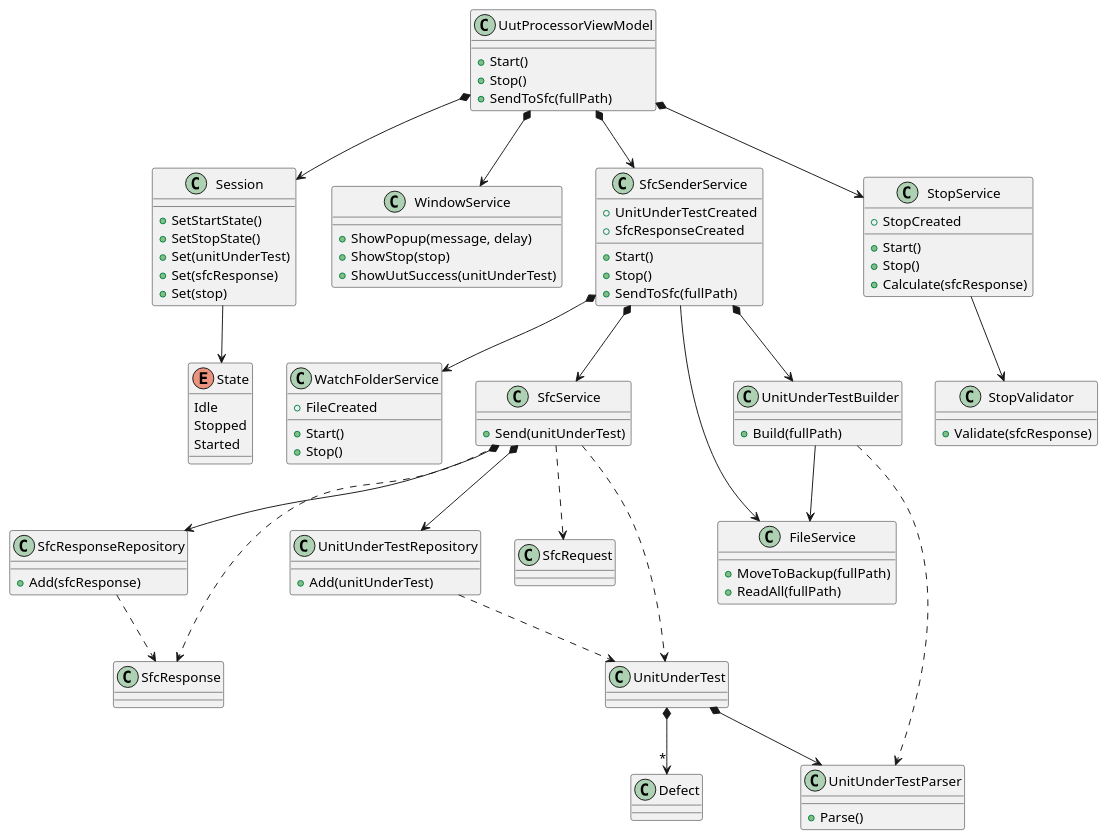
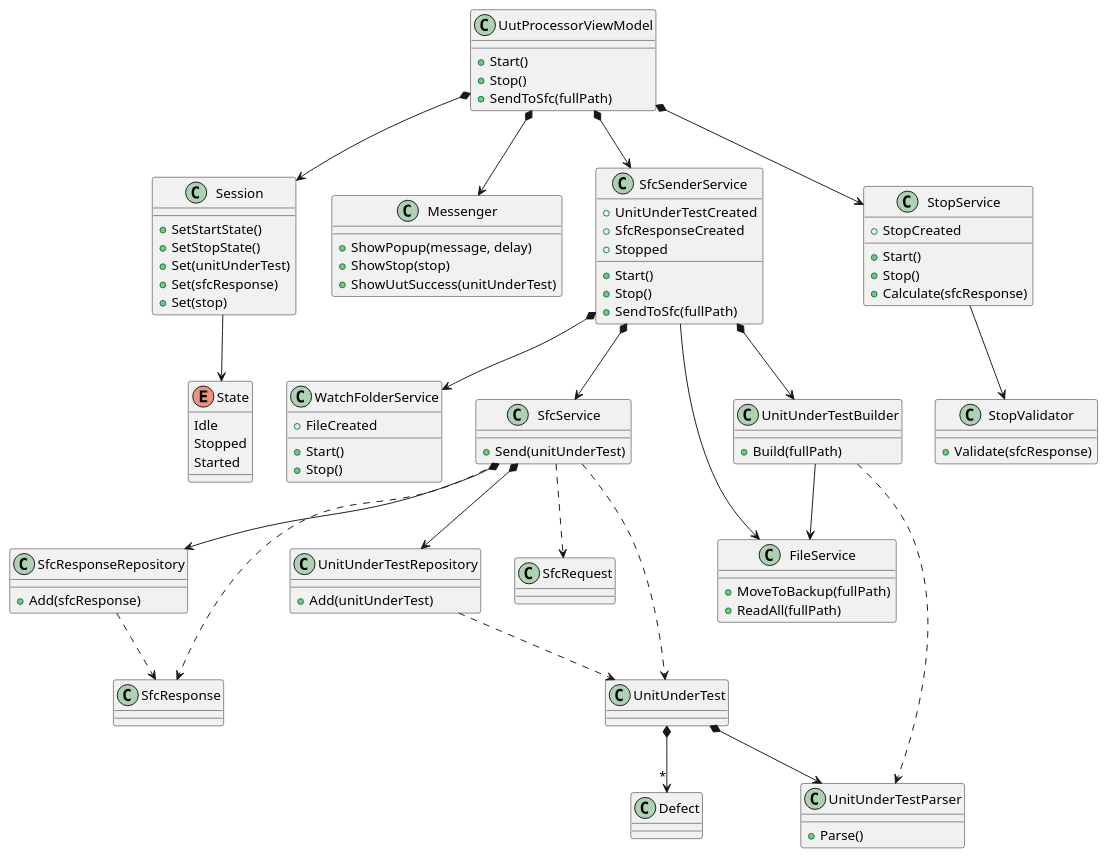
Before and after one commit to zhusihan-python/Hermes: the diagram in Docs/Design View/Design/ProcessUut.puml, drawn with PlantUML. The commit also changed 111 other files, not shown here.

```diff
--- a/Docs/Design View/Design/ProcessUut.puml
+++ b/Docs/Design View/Design/ProcessUut.puml
@@ -1,117 +1,118 @@
 @startuml ProcessUut Design
 'VIEW MODELS'
 class UutProcessorViewModel{
     + Start()
     + Stop()
     + SendToSfc(fullPath)
 }
 UutProcessorViewModel *--> Session
-UutProcessorViewModel *--> WindowService
+UutProcessorViewModel *--> Messenger
 UutProcessorViewModel *--> SfcSenderService
 UutProcessorViewModel *--> StopService
 
 
 'SERVICES'
 class SfcSenderService{
     + UnitUnderTestCreated
     + SfcResponseCreated
+    + Stopped
     
     + Start()
     + Stop()
     + SendToSfc(fullPath)
 }
 SfcSenderService *--> WatchFolderService
 SfcSenderService *--> SfcService
 SfcSenderService *--> UnitUnderTestBuilder
 SfcSenderService --> FileService
 
 
 class StopService{
     + StopCreated
     
     + Start()
     + Stop()
     + Calculate(sfcResponse)
 }
 StopService --> StopValidator
 
 class StopValidator {
     + Validate(sfcResponse)
 }
 
 class WatchFolderService{
     + FileCreated
         
     + Start()
     + Stop()
 }
 
-class WindowService {
+class Messenger {
     + ShowPopup(message, delay)
     + ShowStop(stop)
     + ShowUutSuccess(unitUnderTest)
 }
 
 class SfcService {
     + Send(unitUnderTest)
 }
 SfcService *--> SfcResponseRepository 
 SfcService *--> UnitUnderTestRepository
 SfcService ..> SfcResponse
 SfcService ..> SfcRequest
 SfcService ..> UnitUnderTest
 
 class FileService {
     + MoveToBackup(fullPath)
     + ReadAll(fullPath)
 }
 
 'DAOS'
 class UnitUnderTestRepository {
     + Add(unitUnderTest)
 }
 UnitUnderTestRepository ..> UnitUnderTest
 
 class SfcResponseRepository {
     + Add(sfcResponse)
 }
 SfcResponseRepository ..> SfcResponse
 
 'BUILDERS'
 class UnitUnderTestBuilder {
     + Build(fullPath)
 }
 UnitUnderTestBuilder --> FileService
 UnitUnderTestBuilder ..> UnitUnderTestParser
 
 'MODELS'
 class Session{
     + SetStartState()
     + SetStopState()
     + Set(unitUnderTest)
     + Set(sfcResponse)
     + Set(stop)
 }
 Session --> State
 
 class UnitUnderTestParser {
     + Parse()
 }
 
 
 class UnitUnderTest {}
 UnitUnderTest *--> UnitUnderTestParser
 UnitUnderTest *--> "*" Defect
 
 class Defect {}
 
 class SfcResponse {}
 class SfcRequest {}
 
 'TYPES'
 enum State {
     Idle
     Stopped
     Started
 }
 @enduml
```
